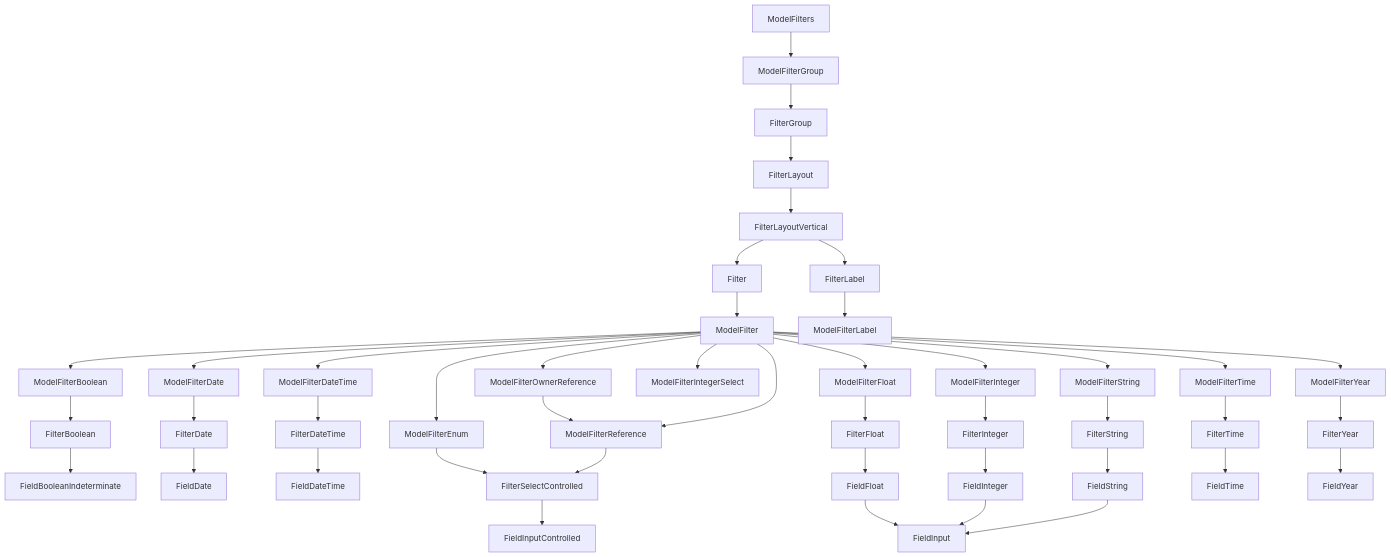
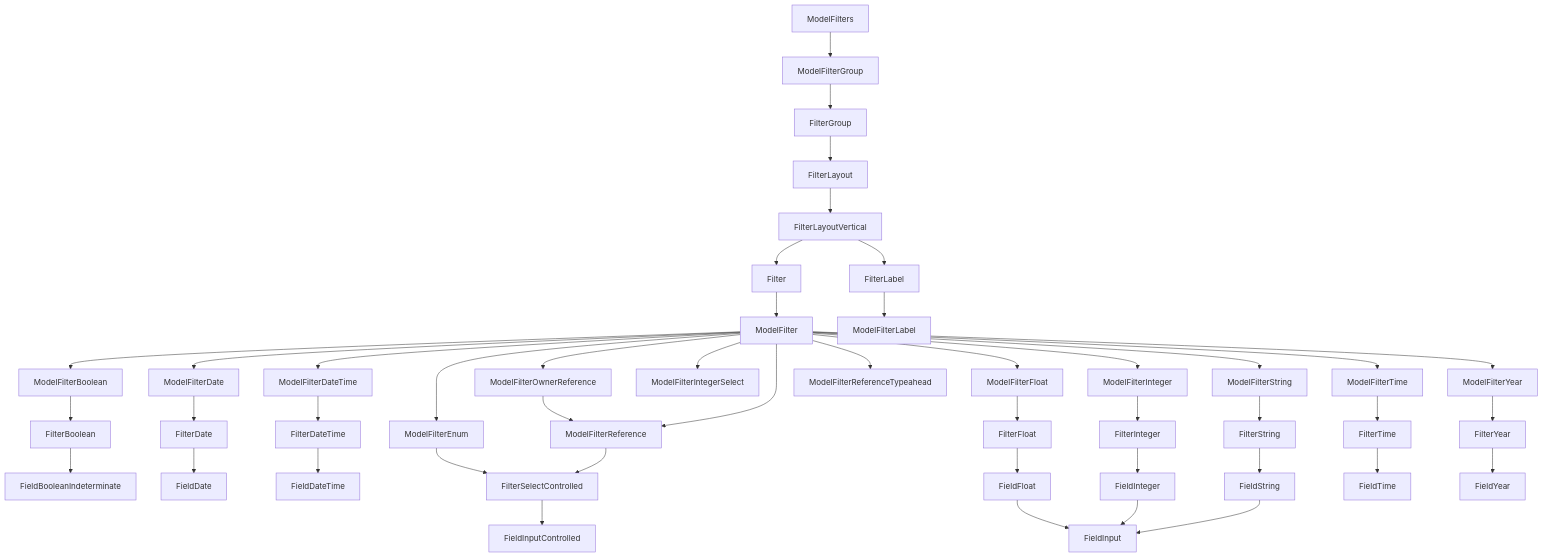
Before and after one commit to rhino-project/rhino-project.org: the diagram in docs/guides/ui/filters.mdx, drawn with Mermaid.

Commit message:
Add doc to ModelFilterReferenceTypeahead

````diff
--- a/docs/guides/ui/filters.mdx
+++ b/docs/guides/ui/filters.mdx
@@ -5,59 +5,60 @@
 ```mermaid
 graph TB
     ModelFilters-->ModelFilterGroup
 
     ModelFilterGroup-->FilterGroup
     FilterGroup-->FilterLayout
 
     FilterLayout-->FilterLayoutVertical
     FilterLayoutVertical-->Filter
     Filter-->ModelFilter
     FilterLayoutVertical-->FilterLabel
     FilterLabel-->ModelFilterLabel
 
     ModelFilter-->ModelFilterBoolean
     ModelFilterBoolean-->FilterBoolean
     FilterBoolean-->FieldBooleanIndeterminate
 
     ModelFilter-->ModelFilterDate
     ModelFilterDate-->FilterDate
     FilterDate-->FieldDate
 
     ModelFilter-->ModelFilterDateTime
     ModelFilterDateTime-->FilterDateTime
     FilterDateTime-->FieldDateTime
 
     ModelFilter-->ModelFilterEnum
     ModelFilterEnum-->FilterSelectControlled
     FilterSelectControlled-->FieldInputControlled
 
     ModelFilter-->ModelFilterFloat
     ModelFilterFloat-->FilterFloat
     FilterFloat-->FieldFloat
     FieldFloat-->FieldInput
 
     ModelFilter-->ModelFilterInteger
     ModelFilterInteger-->FilterInteger
     FilterInteger-->FieldInteger
     FieldInteger-->FieldInput
 
     ModelFilter-->ModelFilterIntegerSelect
 
     ModelFilter-->ModelFilterOwnerReference
     ModelFilterOwnerReference-->ModelFilterReference
     ModelFilter-->ModelFilterReference
     ModelFilterReference-->FilterSelectControlled
+    ModelFilter-->ModelFilterReferenceTypeahead
 
     ModelFilter-->ModelFilterString
     ModelFilterString-->FilterString
     FilterString-->FieldString
     FieldString-->FieldInput
 
     ModelFilter-->ModelFilterTime
     ModelFilterTime-->FilterTime
     FilterTime-->FieldTime
 
     ModelFilter-->ModelFilterYear
     ModelFilterYear-->FilterYear
     FilterYear-->FieldYear
 ```
````
